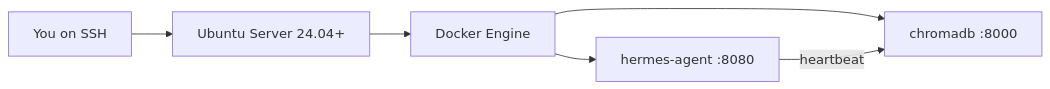
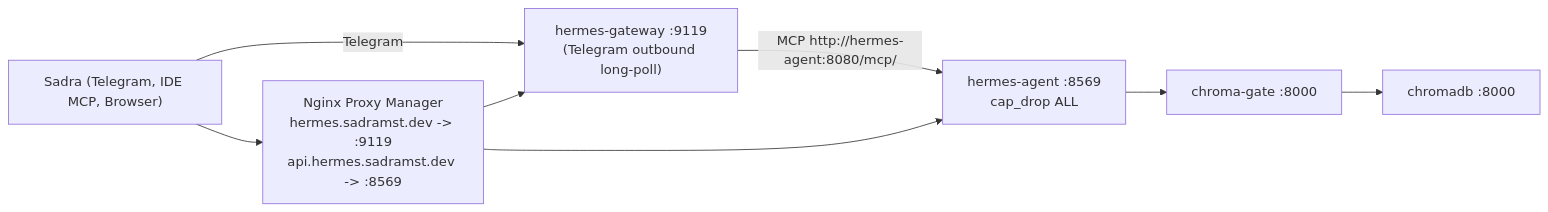
The diagram in docs/deployment/ubuntu-server.md (Sadramst/hermes-agent), drawn with Mermaid before and after one commit. The commit also changed other lines of this file and 154 other files, not shown here.

First line of the commit message:
Simplify stack to Sadra v0.5.0 personal assistant, Telegram gateway, and provider routing

````diff
--- a/docs/deployment/ubuntu-server.md
+++ b/docs/deployment/ubuntu-server.md
@@ -18,8 +14,16 @@
 ```mermaid
 flowchart LR
-  you["You on SSH"] --> host["Ubuntu Server 24.04+"]
-  host --> docker["Docker Engine"]
-  docker --> agent["hermes-agent :8080"]
-  docker --> chroma["chromadb :8000"]
-  agent -->|"heartbeat"| chroma
+  sadra["Sadra (Telegram, IDE MCP, Browser)"]
+  npm["Nginx Proxy Manager\nhermes.sadramst.dev -> :9119\napi.hermes.sadramst.dev -> :8569"]
+  gw["hermes-gateway :9119\n(Telegram outbound long-poll)"]
+  agent["hermes-agent :8569\ncap_drop ALL"]
+  gate["chroma-gate :8000"]
+  chroma["chromadb :8000"]
+
+  sadra -->|"Telegram"| gw
+  sadra --> npm
+  npm --> gw
+  npm --> agent
+  gw -->|"MCP http://hermes-agent:8080/mcp/"| agent
+  agent --> gate --> chroma
 ```
````
